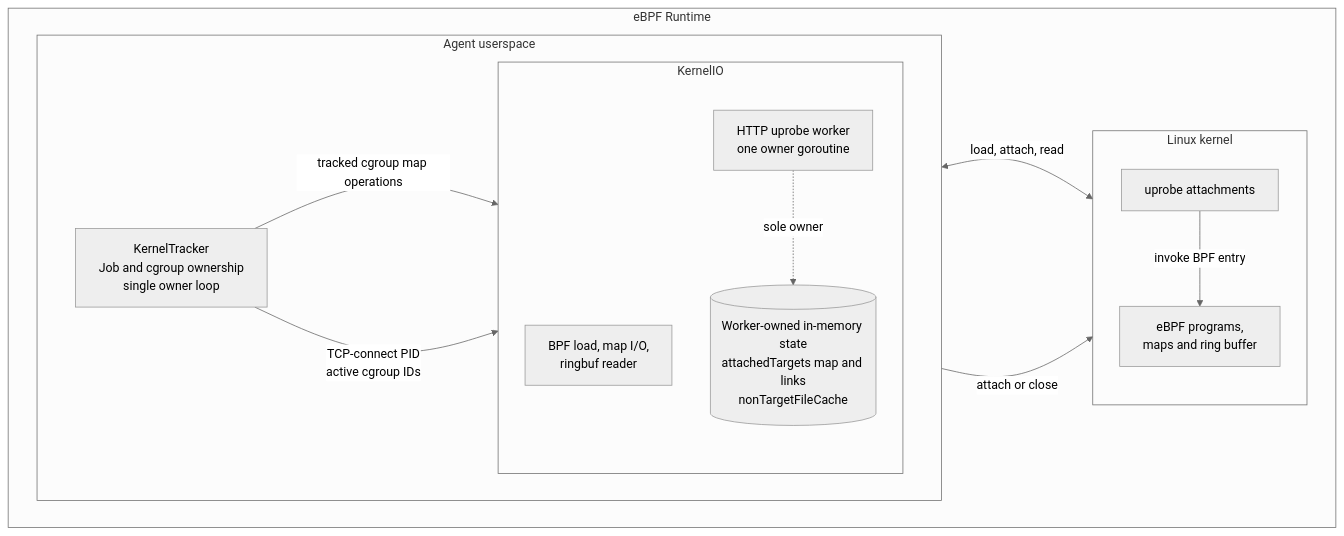
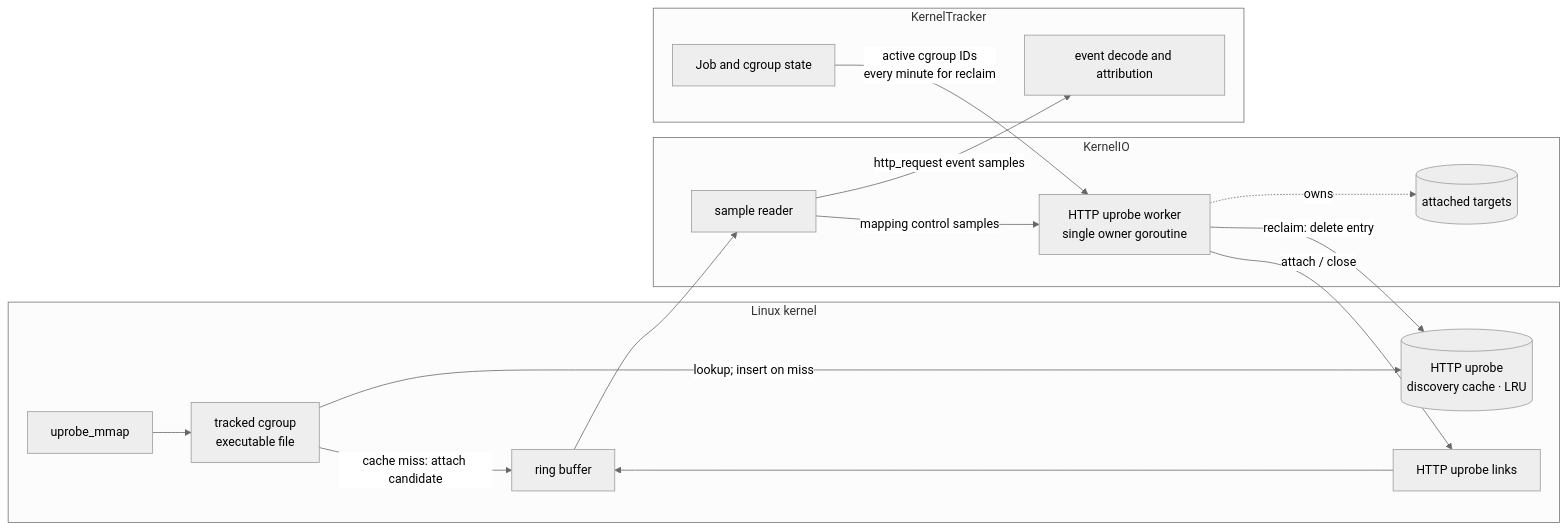
Before and after one commit to cicd-sensor/cicd-sensor: the first of 4 diagrams in docs/developer-guide/ebpf/http-uprobes.md, drawn with Mermaid (neutral theme). The commit also changed other lines of this file and 38 other files, not shown here.

First line of the commit message:
feat(agent): discover HTTP uprobes from executable mappings (#172)

````diff
--- a/docs/developer-guide/ebpf/http-uprobes.md
+++ b/docs/developer-guide/ebpf/http-uprobes.md
@@ -23,30 +41,33 @@
 ```mermaid
 flowchart LR
-    subgraph ER["eBPF Runtime"]
-        direction LR
-        subgraph KR["Agent userspace"]
-            direction LR
-            KT["KernelTracker<br/>Job and cgroup ownership<br/>single owner loop"]
-
-            subgraph KIO["KernelIO"]
-                direction TB
-                BIO["BPF load, map I/O,<br/>ringbuf reader"]
-                WORKER["HTTP uprobe worker<br/>one owner goroutine"]
-                STATE[("Worker-owned in-memory state<br/>attachedTargets map and links<br/>nonTargetFileCache")]
-                WORKER -.->|"sole owner"| STATE
-            end
-        end
-
-        subgraph KERNEL["Linux kernel"]
-            direction TB
-            ATTACH["uprobe attachments"]
-            BPF["eBPF programs,<br/>maps and ring buffer"]
-            ATTACH -->|"invoke BPF entry"| BPF
-        end
+    subgraph KERNEL["Linux kernel"]
+        MMAP["uprobe_mmap"]
+        FILTER["tracked cgroup<br/>executable file"]
+        CACHE[("HTTP uprobe<br/>discovery cache · LRU")]
+        LINKS["HTTP uprobe links"]
+        EVENTS["ring buffer"]
+        MMAP --> FILTER
+        FILTER -->|"lookup; insert on miss"| CACHE
+        FILTER -->|"cache miss: attach candidate"| EVENTS
+        LINKS --> EVENTS
     end
 
-    KT -->|"tracked cgroup map operations"| BIO
-    BIO <-->|"load, attach, read"| BPF
-    KT -->|"TCP-connect PID<br/>active cgroup IDs"| WORKER
-    WORKER -->|"attach or close"| ATTACH
+    subgraph KIO["KernelIO"]
+        READER["sample reader"]
+        WORKER["HTTP uprobe worker<br/>single owner goroutine"]
+        TARGETS[("attached targets")]
+        READER -->|"mapping control samples"| WORKER
+        WORKER -.->|"owns"| TARGETS
+    end
+
+    subgraph KT["KernelTracker"]
+        CGROUPS["Job and cgroup state"]
+        DECODE["event decode and attribution"]
+    end
+
+    EVENTS --> READER
+    WORKER -->|"attach / close"| LINKS
+    WORKER -->|"reclaim: delete entry"| CACHE
+    CGROUPS -->|"active cgroup IDs<br/>every minute for reclaim"| WORKER
+    READER -->|"http_request event samples"| DECODE
 ```
````
